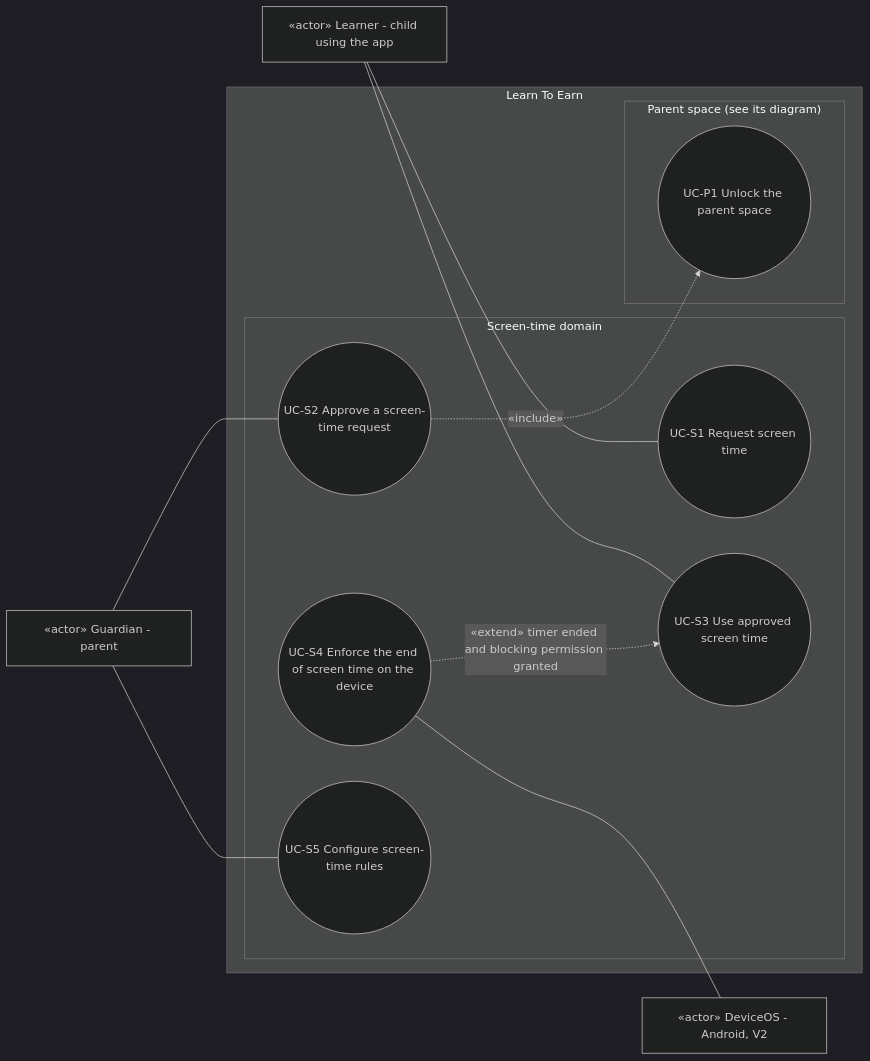
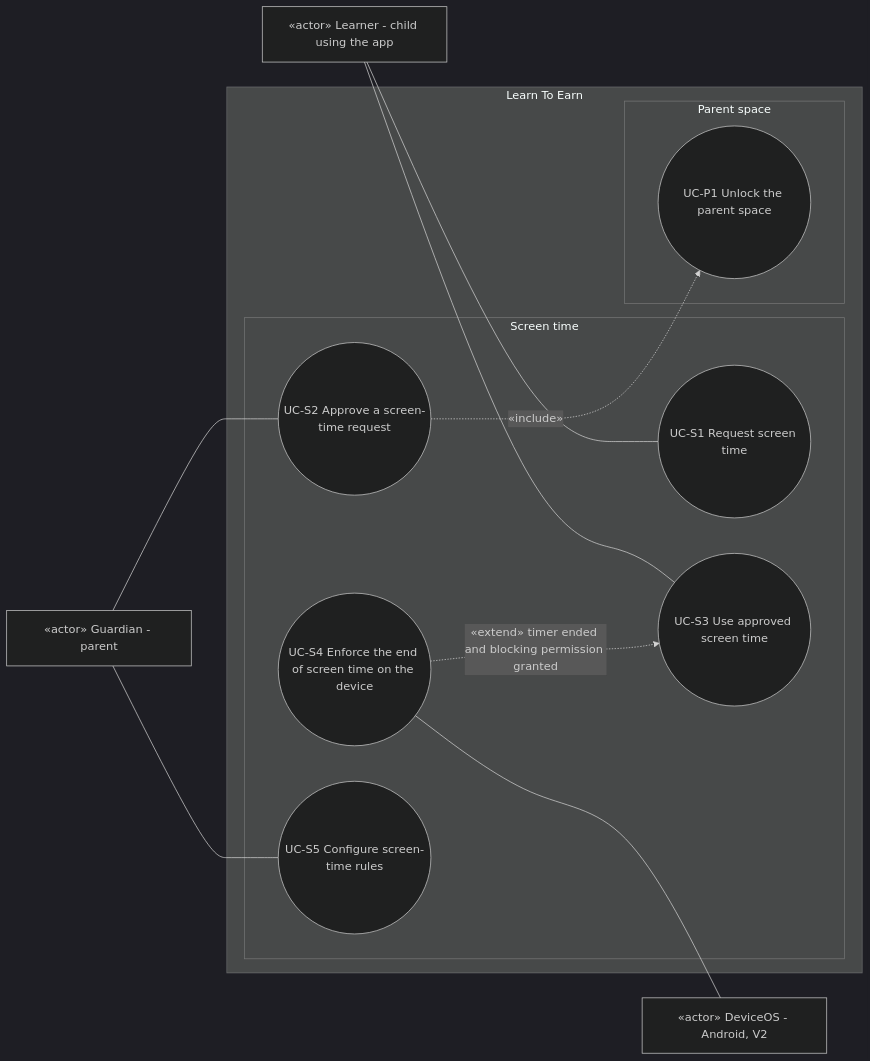
One commit to benoit-bremaud/learn-to-earn changed the diagram in docs/architecture/diagrams/screen-time/01-use-case.md. Above: the diagram before and after it, drawn with Mermaid (dark theme). The commit also changed 3 other files, not shown here.

Commit message:
docs(architecture): shorten subgraph titles after visual render check

````diff
--- a/docs/architecture/diagrams/screen-time/01-use-case.md
+++ b/docs/architecture/diagrams/screen-time/01-use-case.md
@@ -14,25 +14,25 @@
 ```mermaid
 flowchart LR
   Learner["«actor» Learner - child using the app"]
   Guardian["«actor» Guardian - parent"]
   DeviceOS["«actor» DeviceOS - Android, V2"]
   subgraph SYSTEM ["Learn To Earn"]
-    subgraph ST ["Screen-time domain"]
+    subgraph ST ["Screen time"]
       S1(("UC-S1 Request screen time"))
       S2(("UC-S2 Approve a screen-time request"))
       S3(("UC-S3 Use approved screen time"))
       S4(("UC-S4 Enforce the end of screen time on the device"))
       S5(("UC-S5 Configure screen-time rules"))
     end
-    subgraph PS ["Parent space (see its diagram)"]
+    subgraph PS ["Parent space"]
       P1(("UC-P1 Unlock the parent space"))
     end
   end
   Learner --- S1
   Learner --- S3
   Guardian --- S2
   Guardian --- S5
   S4 --- DeviceOS
   S2 -.->|"«include»"| P1
   S4 -.->|"«extend» timer ended and blocking permission granted"| S3
 ```
````
